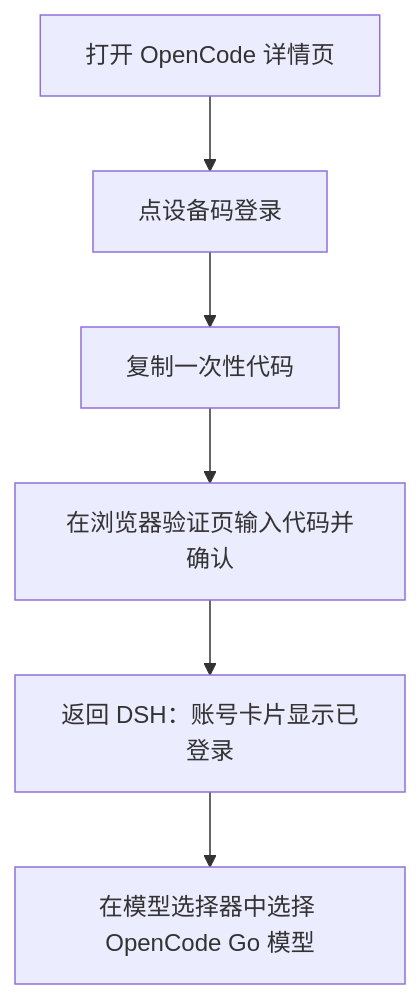
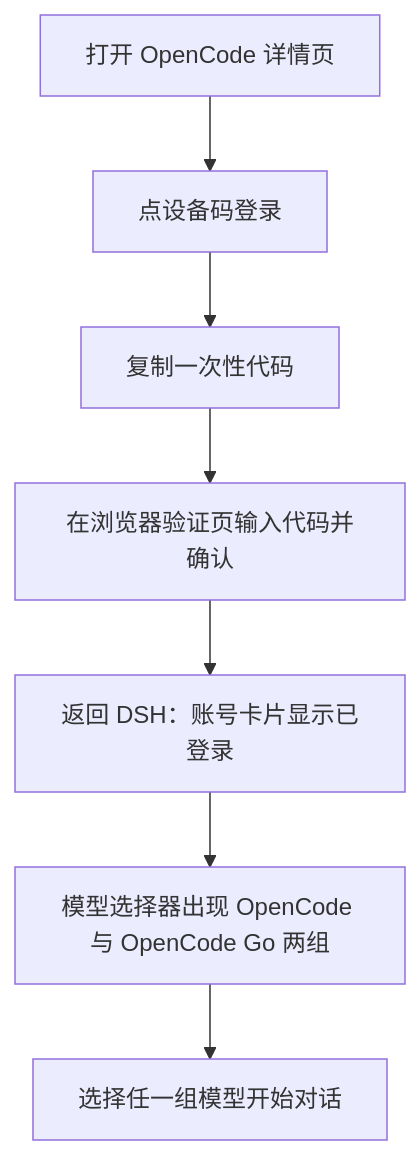
The diagram in docs/plugins/dsh-opencode.md (FNOSP/fnos-dsh), drawn with Mermaid before and after one commit. The commit also changed other lines of this file and 32 other files, not shown here.

````diff
--- a/docs/plugins/dsh-opencode.md
+++ b/docs/plugins/dsh-opencode.md
@@ -22,8 +22,9 @@
 ```mermaid
 flowchart TD
   A[打开 OpenCode 详情页] --> B[点设备码登录]
   B --> C[复制一次性代码]
   C --> D[在浏览器验证页输入代码并确认]
   D --> E[返回 DSH：账号卡片显示已登录]
-  E --> F[在模型选择器中选择 OpenCode Go 模型]
+  E --> F[模型选择器出现 OpenCode 与 OpenCode Go 两组]
+  F --> G[选择任一组模型开始对话]
 ```
````
